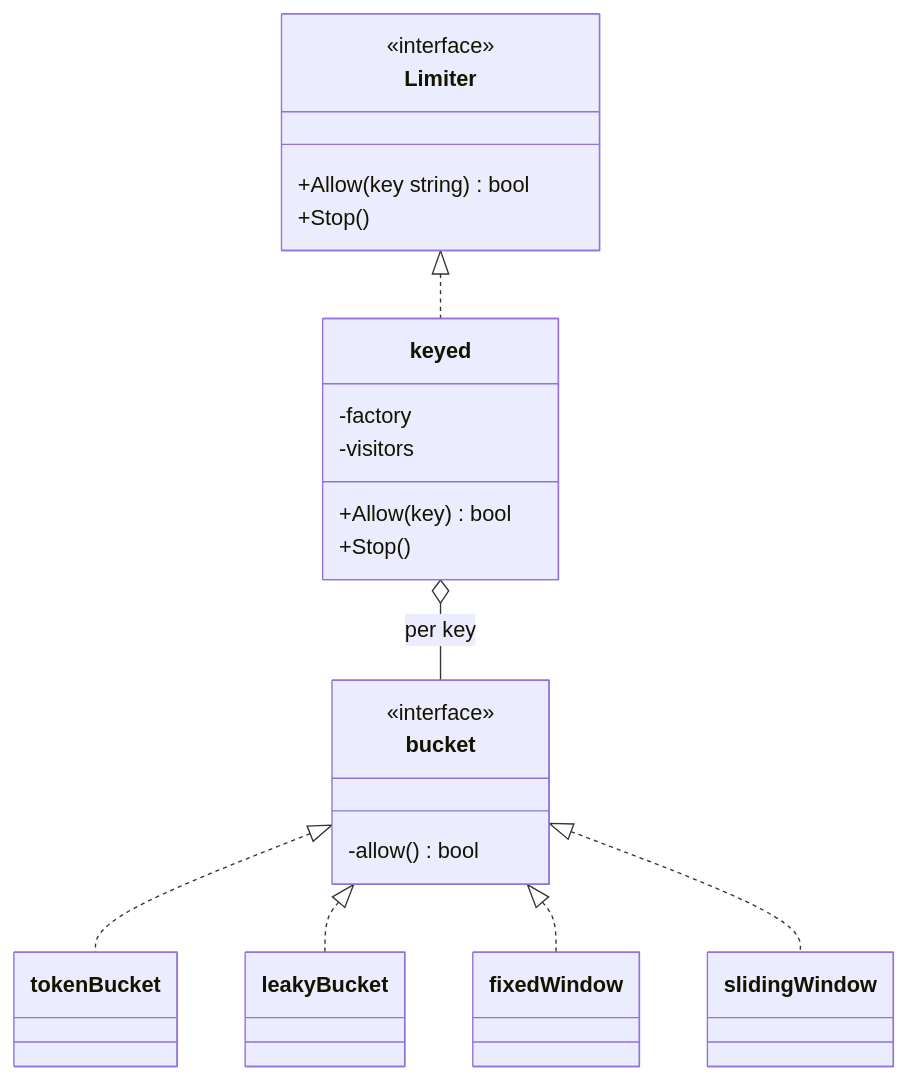
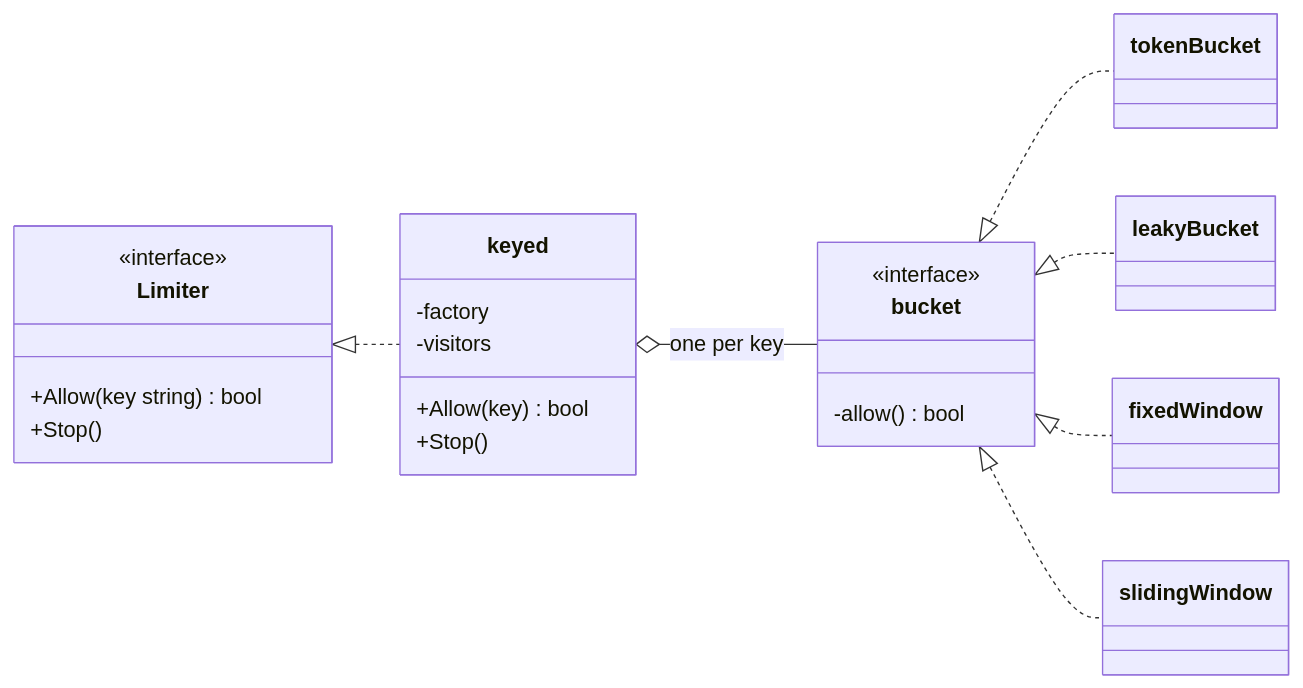
Before and after one commit to mohabnazmy/API-Gateway: diagram 11 of 15 in docs/architecture.md, drawn with Mermaid. The commit also changed other lines of this file, not shown here.

First line of the commit message:
docs: make architecture diagram-heavy and colored

````diff
--- a/docs/architecture.md
+++ b/docs/architecture.md
@@ -223,29 +354,30 @@
 ```mermaid
 classDiagram
+    direction LR
     class Limiter {
         <<interface>>
         +Allow(key string) bool
         +Stop()
     }
     class keyed {
         -factory
         -visitors
         +Allow(key) bool
         +Stop()
     }
     class bucket {
         <<interface>>
         -allow() bool
     }
     class tokenBucket
     class leakyBucket
     class fixedWindow
     class slidingWindow
 
     Limiter <|.. keyed
-    keyed o-- bucket : per key
+    keyed o-- bucket : one per key
     bucket <|.. tokenBucket
     bucket <|.. leakyBucket
     bucket <|.. fixedWindow
     bucket <|.. slidingWindow
 ```
````
